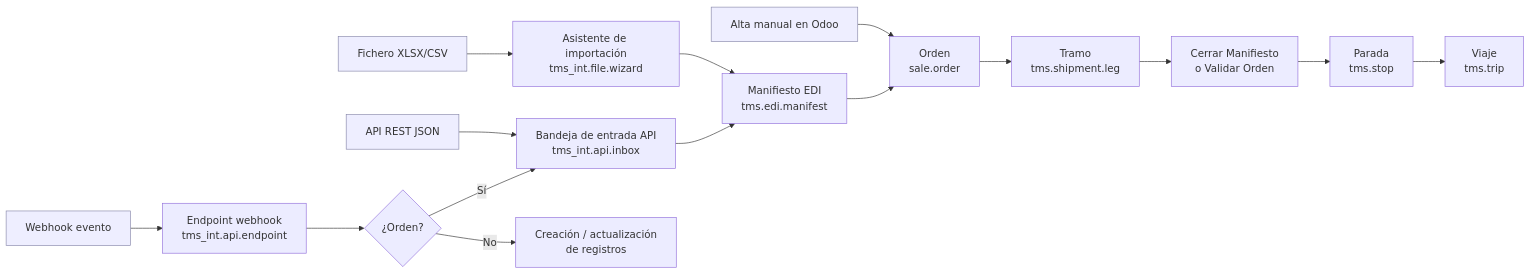
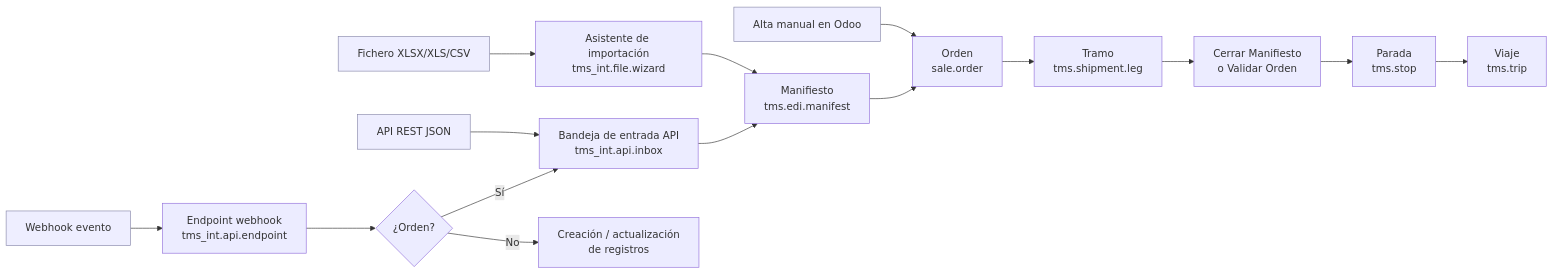
Before and after one commit to pacoborrego/guraify-tms-docs: the diagram in source/17.0/7_edi-integrations/7_1_integration-strategy.rst, drawn with Mermaid. The commit also changed other lines of this file and 120 other files, not shown here.

```diff
--- a/source/17.0/7_edi-integrations/7_1_integration-strategy.rst
+++ b/source/17.0/7_edi-integrations/7_1_integration-strategy.rst
@@ -52,18 +42,18 @@
 .. mermaid::
 
    flowchart LR
-       F[Fichero XLSX/CSV]:::ch --> FW[Asistente de importación<br/>tms_int.file.wizard]
+       F[Fichero XLSX/XLS/CSV]:::ch --> FW[Asistente de importación<br/>tms_int.file.wizard]
        A[API REST JSON]:::ch --> I[Bandeja de entrada API<br/>tms_int.api.inbox]
        W[Webhook evento]:::ch --> EP[Endpoint webhook<br/>tms_int.api.endpoint]
        EP --> D{¿Orden?}
        D -->|Sí| I
        D -->|No| R[Creación / actualización<br/>de registros]
        U[Alta manual en Odoo]:::ch --> O
-       FW --> M[Manifiesto EDI<br/>tms.edi.manifest]
+       FW --> M[Manifiesto<br/>tms.edi.manifest]
        I --> M
        M --> O[Orden<br/>sale.order]
        O --> L[Tramo<br/>tms.shipment.leg]
        L --> C[Cerrar Manifiesto<br/>o Validar Orden]
        C --> S[Parada<br/>tms.stop]
        S --> T[Viaje<br/>tms.trip]
        classDef ch fill:#eef,stroke:#88a;
```
